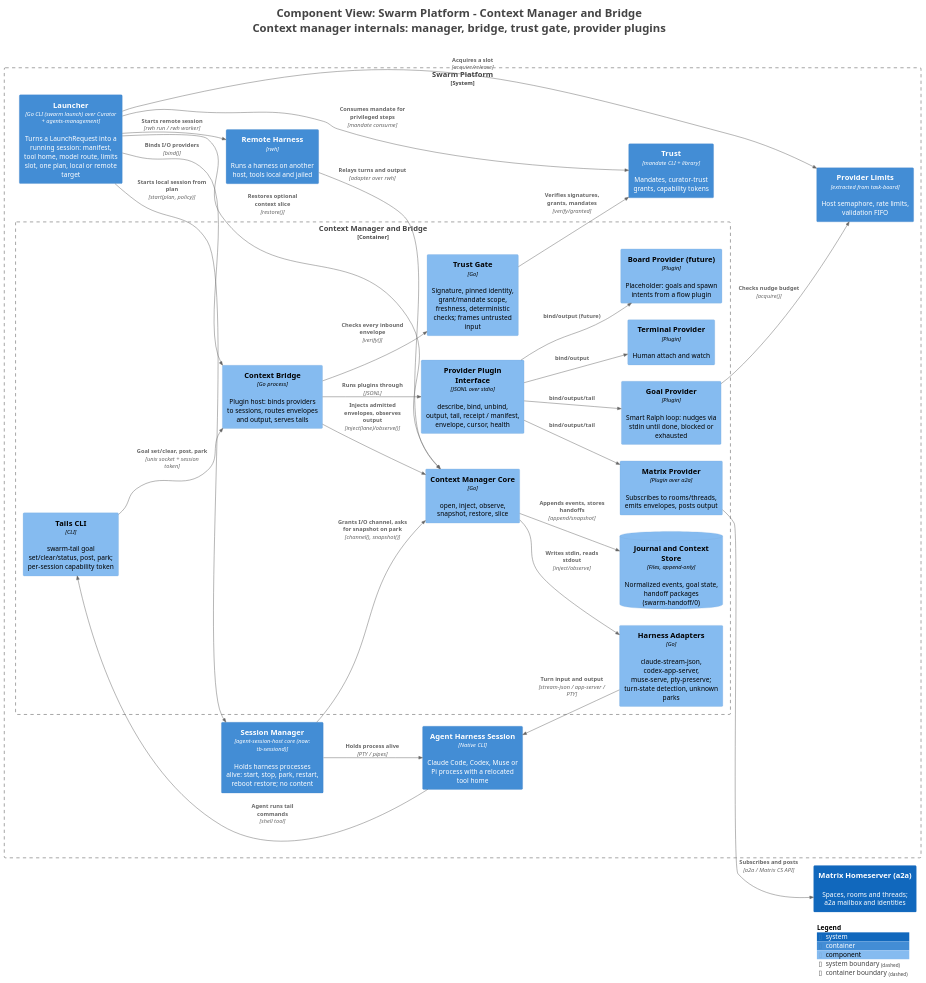
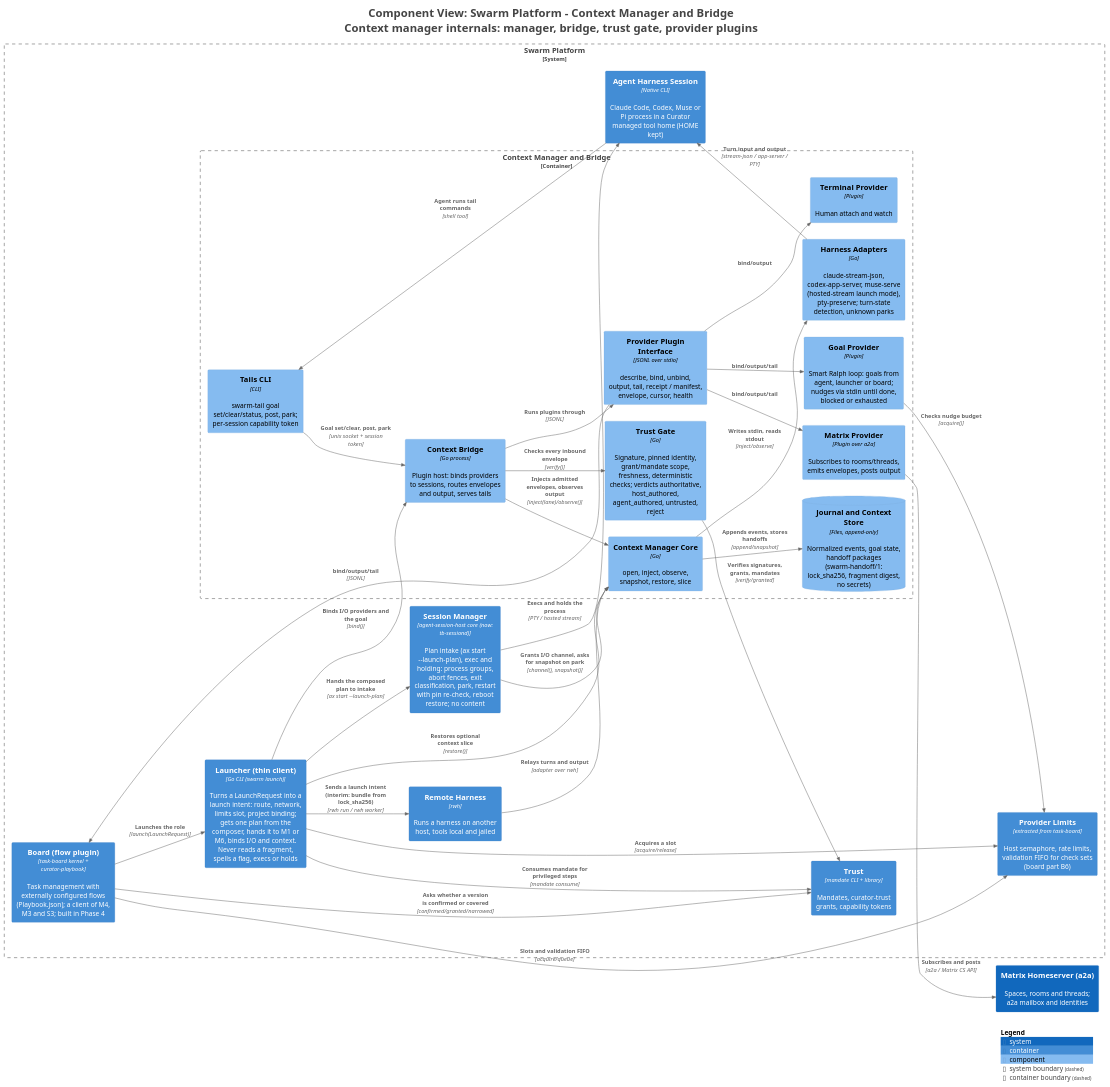
Before and after one commit to relux-works/swarm-platform-architecture: the diagram in diagrams/artefacts/c4/structurizr-ContextManagerComponents.puml, drawn with PlantUML. The commit also changed 31 other files, not shown here.

Commit message:
Vision v1: board split into B1-B6 with external flow config; curator advice incorporated

```diff
--- a/diagrams/artefacts/c4/structurizr-ContextManagerComponents.puml
+++ b/diagrams/artefacts/c4/structurizr-ContextManagerComponents.puml
@@ -1,71 +1,74 @@
 @startuml
 title <size:24>Component View: Swarm Platform - Context Manager and Bridge</size>\n<size:24>Context manager internals: manager, bridge, trust gate, provider plugins</size>
 
 set separator none
 left to right direction
 
 <style>
   root {
     BackgroundColor: #ffffff
     FontColor: #444444
   }
 </style>
 
 !include <C4/C4>
 !include <C4/C4_Context>
 !include <C4/C4_Container>
 !include <C4/C4_Component>
 
 System(MatrixHomeservera2a, "Matrix Homeserver (a2a)", $descr="Spaces, rooms and threads; a2a mailbox and identities", $tags="", $link="")
 
 System_Boundary("SwarmPlatform_boundary", "Swarm Platform", $tags="") {
   Container_Boundary("SwarmPlatform.ContextManagerandBridge_boundary", "Context Manager and Bridge", $tags="") {
+    ComponentDb(SwarmPlatform.ContextManagerandBridge.JournalandContextStore, "Journal and Context Store", $techn="Files, append-only", $descr="Normalized events, goal state, handoff packages (swarm-handoff/1: lock_sha256, fragment digest, no secrets)", $tags="", $link="")
     Component(SwarmPlatform.ContextManagerandBridge.ContextBridge, "Context Bridge", $techn="Go process", $descr="Plugin host: binds providers to sessions, routes envelopes and output, serves tails", $tags="", $link="")
-    Component(SwarmPlatform.ContextManagerandBridge.TrustGate, "Trust Gate", $techn="Go", $descr="Signature, pinned identity, grant/mandate scope, freshness, deterministic checks; frames untrusted input", $tags="", $link="")
+    Component(SwarmPlatform.ContextManagerandBridge.TrustGate, "Trust Gate", $techn="Go", $descr="Signature, pinned identity, grant/mandate scope, freshness, deterministic checks; verdicts authoritative, host_authored, agent_authored, untrusted, reject", $tags="", $link="")
     Component(SwarmPlatform.ContextManagerandBridge.ProviderPluginInterface, "Provider Plugin Interface", $techn="JSONL over stdio", $descr="describe, bind, unbind, output, tail, receipt / manifest, envelope, cursor, health", $tags="", $link="")
     Component(SwarmPlatform.ContextManagerandBridge.TailsCLI, "Tails CLI", $techn="CLI", $descr="swarm-tail goal set/clear/status, post, park; per-session capability token", $tags="", $link="")
     Component(SwarmPlatform.ContextManagerandBridge.MatrixProvider, "Matrix Provider", $techn="Plugin over a2a", $descr="Subscribes to rooms/threads, emits envelopes, posts output", $tags="", $link="")
-    Component(SwarmPlatform.ContextManagerandBridge.GoalProvider, "Goal Provider", $techn="Plugin", $descr="Smart Ralph loop: nudges via stdin until done, blocked or exhausted", $tags="", $link="")
+    Component(SwarmPlatform.ContextManagerandBridge.GoalProvider, "Goal Provider", $techn="Plugin", $descr="Smart Ralph loop: goals from agent, launcher or board; nudges via stdin until done, blocked or exhausted", $tags="", $link="")
     Component(SwarmPlatform.ContextManagerandBridge.TerminalProvider, "Terminal Provider", $techn="Plugin", $descr="Human attach and watch", $tags="", $link="")
-    Component(SwarmPlatform.ContextManagerandBridge.BoardProviderfuture, "Board Provider (future)", $techn="Plugin", $descr="Placeholder: goals and spawn intents from a flow plugin", $tags="", $link="")
     Component(SwarmPlatform.ContextManagerandBridge.ContextManagerCore, "Context Manager Core", $techn="Go", $descr="open, inject, observe, snapshot, restore, slice", $tags="", $link="")
-    Component(SwarmPlatform.ContextManagerandBridge.HarnessAdapters, "Harness Adapters", $techn="Go", $descr="claude-stream-json, codex-app-server, muse-serve, pty-preserve; turn-state detection, unknown parks", $tags="", $link="")
-    ComponentDb(SwarmPlatform.ContextManagerandBridge.JournalandContextStore, "Journal and Context Store", $techn="Files, append-only", $descr="Normalized events, goal state, handoff packages (swarm-handoff/0)", $tags="", $link="")
+    Component(SwarmPlatform.ContextManagerandBridge.HarnessAdapters, "Harness Adapters", $techn="Go", $descr="claude-stream-json, codex-app-server, muse-serve (hosted-stream launch mode), pty-preserve; turn-state detection, unknown parks", $tags="", $link="")
   }
 
-  Container(SwarmPlatform.AgentHarnessSession, "Agent Harness Session", $techn="Native CLI", $descr="Claude Code, Codex, Muse or Pi process with a relocated tool home", $tags="", $link="")
+  Container(SwarmPlatform.AgentHarnessSession, "Agent Harness Session", $techn="Native CLI", $descr="Claude Code, Codex, Muse or Pi process in a Curator managed tool home (HOME kept)", $tags="", $link="")
   Container(SwarmPlatform.Trust, "Trust", $techn="mandate CLI + library", $descr="Mandates, curator-trust grants, capability tokens", $tags="", $link="")
   Container(SwarmPlatform.RemoteHarness, "Remote Harness", $techn="rwh", $descr="Runs a harness on another host, tools local and jailed", $tags="", $link="")
-  Container(SwarmPlatform.ProviderLimits, "Provider Limits", $techn="extracted from task-board", $descr="Host semaphore, rate limits, validation FIFO", $tags="", $link="")
-  Container(SwarmPlatform.Launcher, "Launcher", $techn="Go CLI (swarm launch) over Curator + agents-management", $descr="Turns a LaunchRequest into a running session: manifest, tool home, model route, limits slot, one plan, local or remote target", $tags="", $link="")
-  Container(SwarmPlatform.SessionManager, "Session Manager", $techn="agent-session-host core (now: tb-sessiond)", $descr="Holds harness processes alive: start, stop, park, restart, reboot restore; no content", $tags="", $link="")
+  Container(SwarmPlatform.ProviderLimits, "Provider Limits", $techn="extracted from task-board", $descr="Host semaphore, rate limits, validation FIFO for check sets (board part B6)", $tags="", $link="")
+  Container(SwarmPlatform.Boardflowplugin, "Board (flow plugin)", $techn="task-board kernel + curator-playbook", $descr="Task management with externally configured flows (Playbook.json); a client of M4, M3 and S3; built in Phase 4", $tags="", $link="")
+  Container(SwarmPlatform.Launcherthinclient, "Launcher (thin client)", $techn="Go CLI (swarm launch)", $descr="Turns a LaunchRequest into a launch intent: route, network, limits slot, project binding; gets one plan from the composer, hands it to M1 or M6, binds I/O and context. Never reads a fragment, spells a flag, execs or holds", $tags="", $link="")
+  Container(SwarmPlatform.SessionManager, "Session Manager", $techn="agent-session-host core (now: tb-sessiond)", $descr="Plan intake (ax start --launch-plan), exec and holding: process groups, abort fences, exit classification, park, restart with pin re-check, reboot restore; no content", $tags="", $link="")
 }
 
-Rel(SwarmPlatform.Launcher, SwarmPlatform.ProviderLimits, "Acquires a slot", $techn="acquire/release", $tags="", $link="")
-Rel(SwarmPlatform.Launcher, SwarmPlatform.SessionManager, "Starts local session from plan", $techn="start(plan, policy)", $tags="", $link="")
-Rel(SwarmPlatform.Launcher, SwarmPlatform.RemoteHarness, "Starts remote session", $techn="rwh run / rwh worker", $tags="", $link="")
-Rel(SwarmPlatform.Launcher, SwarmPlatform.ContextManagerandBridge.ContextBridge, "Binds I/O providers", $techn="bind()", $tags="", $link="")
-Rel(SwarmPlatform.Launcher, SwarmPlatform.ContextManagerandBridge.ContextManagerCore, "Restores optional context slice", $techn="restore()", $tags="", $link="")
-Rel(SwarmPlatform.Launcher, SwarmPlatform.Trust, "Consumes mandate for privileged steps", $techn="mandate consume", $tags="", $link="")
-Rel(SwarmPlatform.SessionManager, SwarmPlatform.AgentHarnessSession, "Holds process alive", $techn="PTY / pipes", $tags="", $link="")
+Rel(SwarmPlatform.Boardflowplugin, SwarmPlatform.Trust, "Asks whether a version is confirmed or covered", $techn="confirmed/granted/narrowed", $tags="", $link="")
+Rel(SwarmPlatform.Boardflowplugin, SwarmPlatform.Launcherthinclient, "Launches the role", $techn="launch(LaunchRequest)", $tags="", $link="")
+Rel(SwarmPlatform.Boardflowplugin, SwarmPlatform.ProviderLimits, "Slots and validation FIFO", $techn="acquire/queue", $tags="", $link="")
+Rel(SwarmPlatform.Launcherthinclient, SwarmPlatform.ProviderLimits, "Acquires a slot", $techn="acquire/release", $tags="", $link="")
+Rel(SwarmPlatform.Launcherthinclient, SwarmPlatform.SessionManager, "Hands the composed plan to intake", $techn="ax start --launch-plan", $tags="", $link="")
+Rel(SwarmPlatform.Launcherthinclient, SwarmPlatform.RemoteHarness, "Sends a launch intent (interim: bundle from lock_sha256)", $techn="rwh run / rwh worker", $tags="", $link="")
+Rel(SwarmPlatform.Launcherthinclient, SwarmPlatform.ContextManagerandBridge.ContextBridge, "Binds I/O providers and the goal", $techn="bind()", $tags="", $link="")
+Rel(SwarmPlatform.Launcherthinclient, SwarmPlatform.ContextManagerandBridge.ContextManagerCore, "Restores optional context slice", $techn="restore()", $tags="", $link="")
+Rel(SwarmPlatform.Launcherthinclient, SwarmPlatform.Trust, "Consumes mandate for privileged steps", $techn="mandate consume", $tags="", $link="")
+Rel(SwarmPlatform.SessionManager, SwarmPlatform.AgentHarnessSession, "Execs and holds the process", $techn="PTY / hosted stream", $tags="", $link="")
 Rel(SwarmPlatform.SessionManager, SwarmPlatform.ContextManagerandBridge.ContextManagerCore, "Grants I/O channel, asks for snapshot on park", $techn="channel(), snapshot()", $tags="", $link="")
 Rel(SwarmPlatform.ContextManagerandBridge.ContextManagerCore, SwarmPlatform.ContextManagerandBridge.HarnessAdapters, "Writes stdin, reads stdout", $techn="inject/observe", $tags="", $link="")
 Rel(SwarmPlatform.ContextManagerandBridge.HarnessAdapters, SwarmPlatform.AgentHarnessSession, "Turn input and output", $techn="stream-json / app-server / PTY", $tags="", $link="")
 Rel(SwarmPlatform.ContextManagerandBridge.ContextManagerCore, SwarmPlatform.ContextManagerandBridge.JournalandContextStore, "Appends events, stores handoffs", $techn="append/snapshot", $tags="", $link="")
 Rel(SwarmPlatform.ContextManagerandBridge.ContextBridge, SwarmPlatform.ContextManagerandBridge.TrustGate, "Checks every inbound envelope", $techn="verify()", $tags="", $link="")
 Rel(SwarmPlatform.ContextManagerandBridge.TrustGate, SwarmPlatform.Trust, "Verifies signatures, grants, mandates", $techn="verify/granted", $tags="", $link="")
 Rel(SwarmPlatform.ContextManagerandBridge.ContextBridge, SwarmPlatform.ContextManagerandBridge.ContextManagerCore, "Injects admitted envelopes, observes output", $techn="inject(lane)/observe()", $tags="", $link="")
 Rel(SwarmPlatform.ContextManagerandBridge.ContextBridge, SwarmPlatform.ContextManagerandBridge.ProviderPluginInterface, "Runs plugins through", $techn="JSONL", $tags="", $link="")
 Rel(SwarmPlatform.ContextManagerandBridge.ProviderPluginInterface, SwarmPlatform.ContextManagerandBridge.MatrixProvider, "bind/output/tail", $techn="", $tags="", $link="")
 Rel(SwarmPlatform.ContextManagerandBridge.ProviderPluginInterface, SwarmPlatform.ContextManagerandBridge.GoalProvider, "bind/output/tail", $techn="", $tags="", $link="")
 Rel(SwarmPlatform.ContextManagerandBridge.ProviderPluginInterface, SwarmPlatform.ContextManagerandBridge.TerminalProvider, "bind/output", $techn="", $tags="", $link="")
-Rel(SwarmPlatform.ContextManagerandBridge.ProviderPluginInterface, SwarmPlatform.ContextManagerandBridge.BoardProviderfuture, "bind/output (future)", $techn="", $tags="", $link="")
+Rel(SwarmPlatform.ContextManagerandBridge.ProviderPluginInterface, SwarmPlatform.Boardflowplugin, "bind/output/tail", $techn="JSONL", $tags="", $link="")
 Rel(SwarmPlatform.ContextManagerandBridge.TailsCLI, SwarmPlatform.ContextManagerandBridge.ContextBridge, "Goal set/clear, post, park", $techn="unix socket + session token", $tags="", $link="")
 Rel(SwarmPlatform.AgentHarnessSession, SwarmPlatform.ContextManagerandBridge.TailsCLI, "Agent runs tail commands", $techn="shell tool", $tags="", $link="")
 Rel(SwarmPlatform.ContextManagerandBridge.MatrixProvider, MatrixHomeservera2a, "Subscribes and posts", $techn="a2a / Matrix CS API", $tags="", $link="")
 Rel(SwarmPlatform.ContextManagerandBridge.GoalProvider, SwarmPlatform.ProviderLimits, "Checks nudge budget", $techn="acquire()", $tags="", $link="")
 Rel(SwarmPlatform.RemoteHarness, SwarmPlatform.ContextManagerandBridge.ContextManagerCore, "Relays turns and output", $techn="adapter over rwh", $tags="", $link="")
 
 SHOW_LEGEND(true)
 hide stereotypes
 @enduml
```
